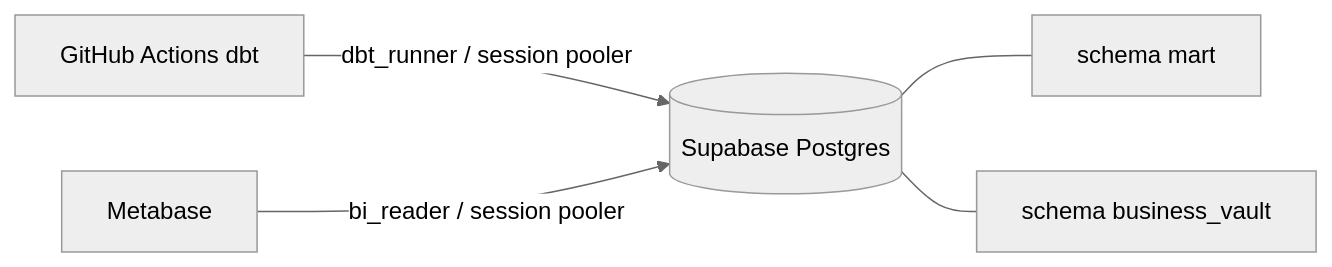
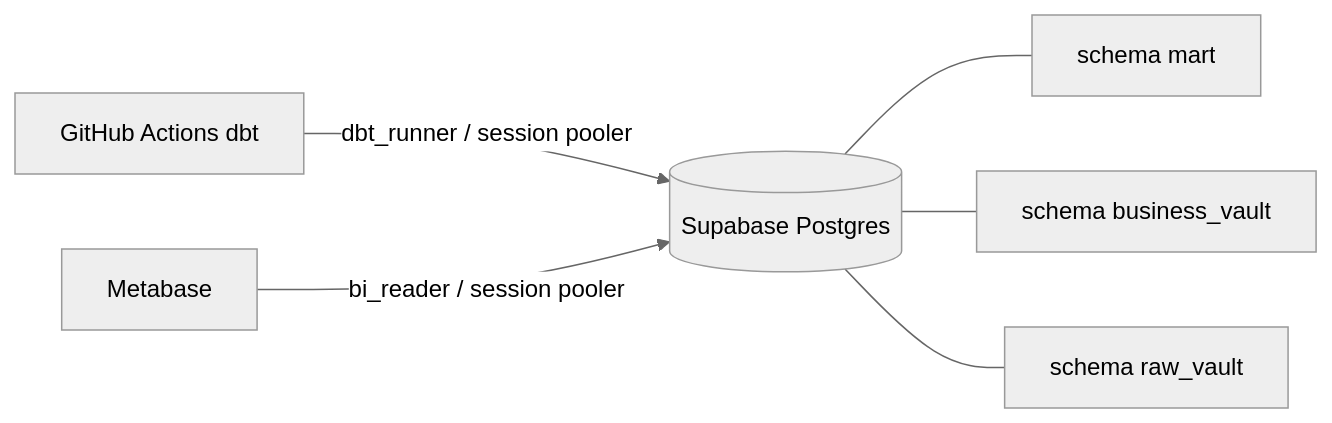
The diagram in docs/architecture/metabase.md (hskksk/lifelog-data-vault), drawn with Mermaid (neutral theme) before and after one commit. The commit also changed other lines of this file and 13 other files, not shown here.

First line of the commit message:
feat(bi): let Metabase read raw_vault

````diff
--- a/docs/architecture/metabase.md
+++ b/docs/architecture/metabase.md
@@ -17,10 +17,11 @@
 ```mermaid
 flowchart LR
   GH[GitHub Actions dbt]
   PG[(Supabase Postgres)]
   MB[Metabase]
   GH -->|dbt_runner / session pooler| PG
   MB -->|bi_reader / session pooler| PG
   PG --- MART[schema mart]
   PG --- BV[schema business_vault]
+  PG --- RV[schema raw_vault]
 ```
````
